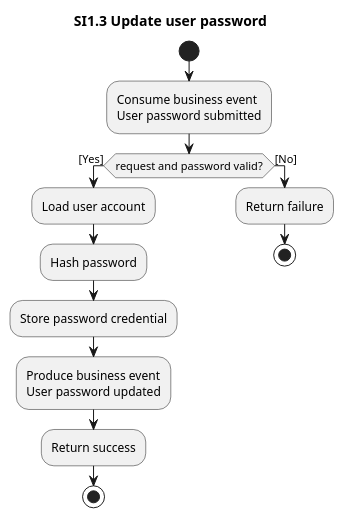
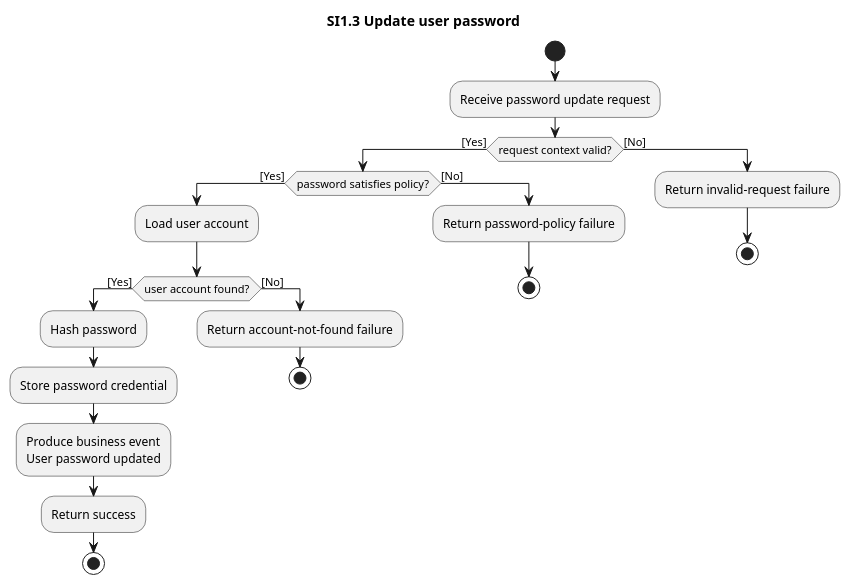
Before and after one commit to ottolote/fixme: the diagram in docs/business/system-interactions/diagrams/si1.3-update-user-password.pu, drawn with PlantUML. The commit also changed 33 other files, not shown here.

Commit message:
add all conditionals etc to system interaction diagrams

```diff
--- a/docs/business/system-interactions/diagrams/si1.3-update-user-password.pu
+++ b/docs/business/system-interactions/diagrams/si1.3-update-user-password.pu
@@ -1,21 +1,30 @@
 @startuml si1.3-update-user-password
 title SI1.3 Update user password
 
 start
-:Consume business event
-User password submitted;
+:Receive password update request;
 
-if (request and password valid?) then ([Yes])
-  :Load user account;
-  :Hash password;
-  :Store password credential;
-  :Produce business event
+if (request context valid?) then ([Yes])
+  if (password satisfies policy?) then ([Yes])
+    :Load user account;
+    if (user account found?) then ([Yes])
+      :Hash password;
+      :Store password credential;
+      :Produce business event
 User password updated;
-  :Return success;
-  stop
+      :Return success;
+      stop
+    else ([No])
+      :Return account-not-found failure;
+      stop
+    endif
+  else ([No])
+    :Return password-policy failure;
+    stop
+  endif
 else ([No])
-  :Return failure;
+  :Return invalid-request failure;
   stop
 endif
 
 @enduml
```
